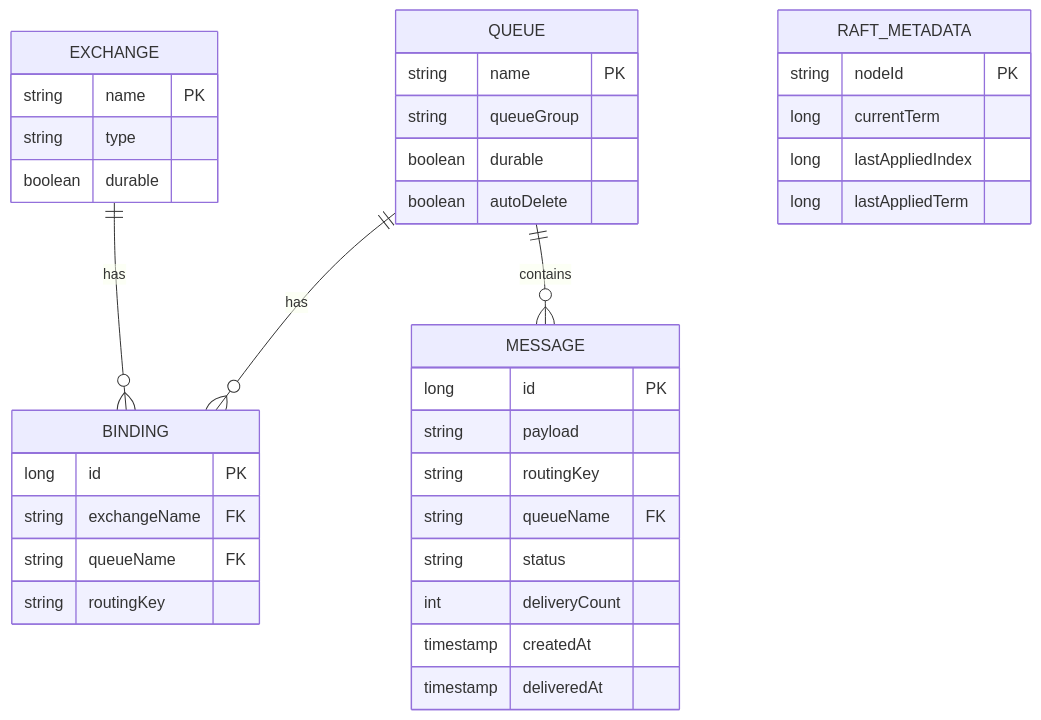
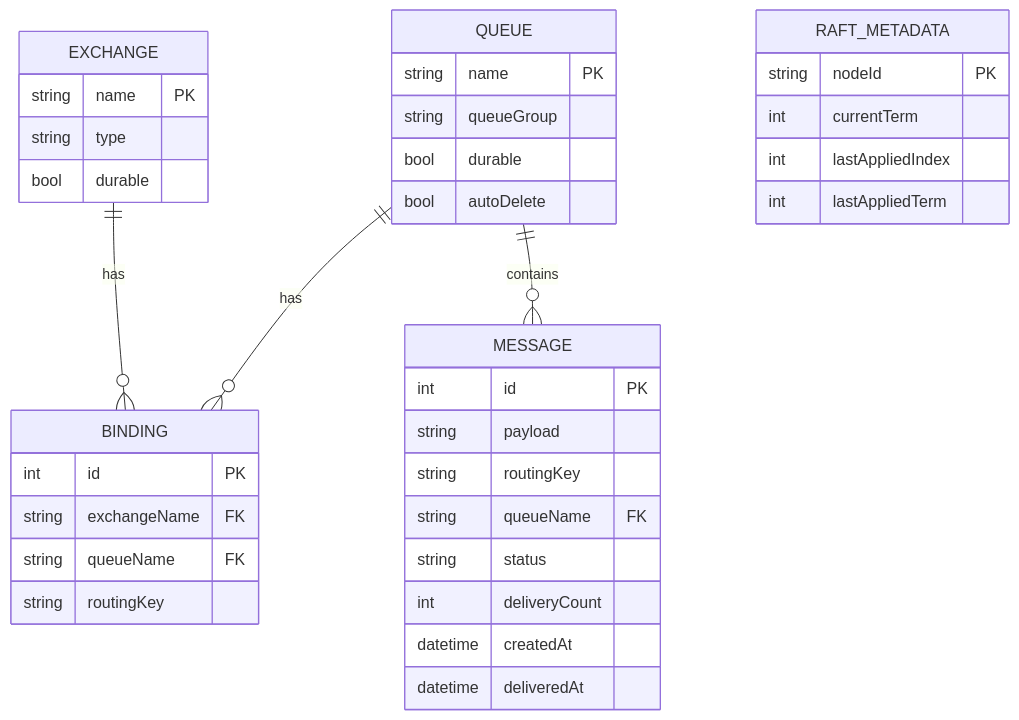
Before and after one commit to nadermedhet148/simpleMQ: the seventh of 9 diagrams in README.md, drawn with Mermaid. The commit also changed other lines of this file, not shown here.

Commit message:
Update README: correct UML relationships, data type consistency, and improve timeout logic descriptions

````diff
--- a/README.md
+++ b/README.md
@@ -340,40 +340,40 @@
 ```mermaid
 erDiagram
     EXCHANGE {
         string name PK
         string type
-        boolean durable
+        bool durable
     }
     QUEUE {
         string name PK
         string queueGroup
-        boolean durable
-        boolean autoDelete
+        bool durable
+        bool autoDelete
     }
     BINDING {
-        long id PK
+        int id PK
         string exchangeName FK
         string queueName FK
         string routingKey
     }
     MESSAGE {
-        long id PK
+        int id PK
         string payload
         string routingKey
         string queueName FK
         string status
         int deliveryCount
-        timestamp createdAt
-        timestamp deliveredAt
+        datetime createdAt
+        datetime deliveredAt
     }
     RAFT_METADATA {
         string nodeId PK
-        long currentTerm
-        long lastAppliedIndex
-        long lastAppliedTerm
+        int currentTerm
+        int lastAppliedIndex
+        int lastAppliedTerm
     }
 
     EXCHANGE ||--o{ BINDING : "has"
     QUEUE ||--o{ BINDING : "has"
     QUEUE ||--o{ MESSAGE : "contains"
 ```
````
